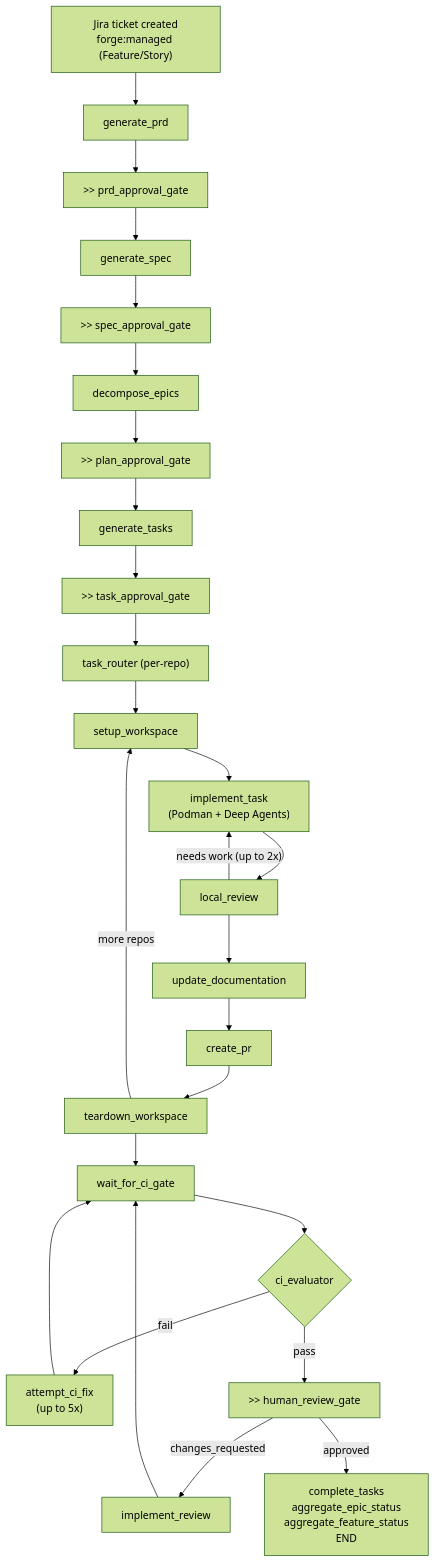
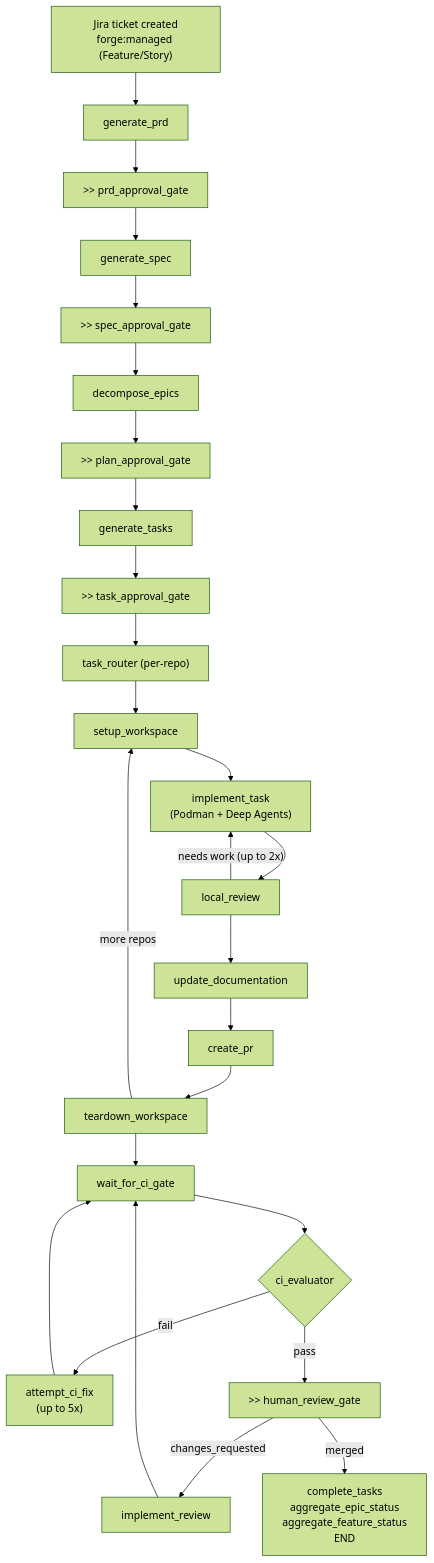
The second of 4 diagrams in docs/architecture.md (ekuris-redhat/forge), drawn with Mermaid (forest theme) before and after one commit. The commit also changed other lines of this file, not shown here.

First line of the commit message:
Address PR review feedback on architecture diagram

````diff
--- a/docs/architecture.md
+++ b/docs/architecture.md
@@ -71,30 +71,30 @@
 ```mermaid
 flowchart TD
     A["Jira ticket created\nforge:managed (Feature/Story)"] --> B[generate_prd]
     B --> C[">> prd_approval_gate"]
     C --> D[generate_spec]
     D --> E[">> spec_approval_gate"]
     E --> F[decompose_epics]
     F --> G[">> plan_approval_gate"]
     G --> H[generate_tasks]
     H --> I[">> task_approval_gate"]
     I --> J["task_router (per-repo)"]
 
     J --> K[setup_workspace]
     K --> L["implement_task\n(Podman + Deep Agents)"]
     L --> M[local_review]
     M -->|"needs work (up to 2x)"| L
     M --> N[update_documentation]
     N --> O[create_pr]
     O --> P["teardown_workspace"]
     P -->|more repos| K
 
     P --> Q[wait_for_ci_gate]
     Q --> R{ci_evaluator}
     R -->|fail| S["attempt_ci_fix\n(up to 5x)"]
     S --> Q
     R -->|pass| T[">> human_review_gate"]
     T -->|changes_requested| U[implement_review]
     U --> Q
-    T -->|approved| V["complete_tasks\naggregate_epic_status\naggregate_feature_status\nEND"]
+    T -->|merged| V["complete_tasks\naggregate_epic_status\naggregate_feature_status\nEND"]
 ```
````
